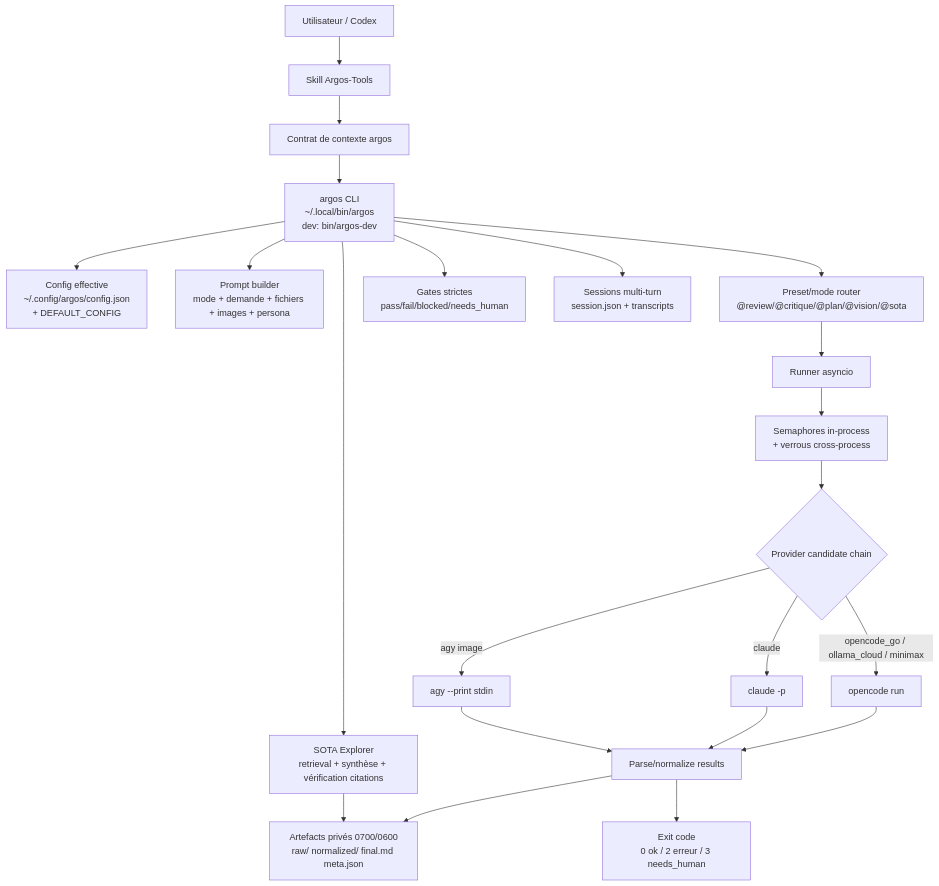
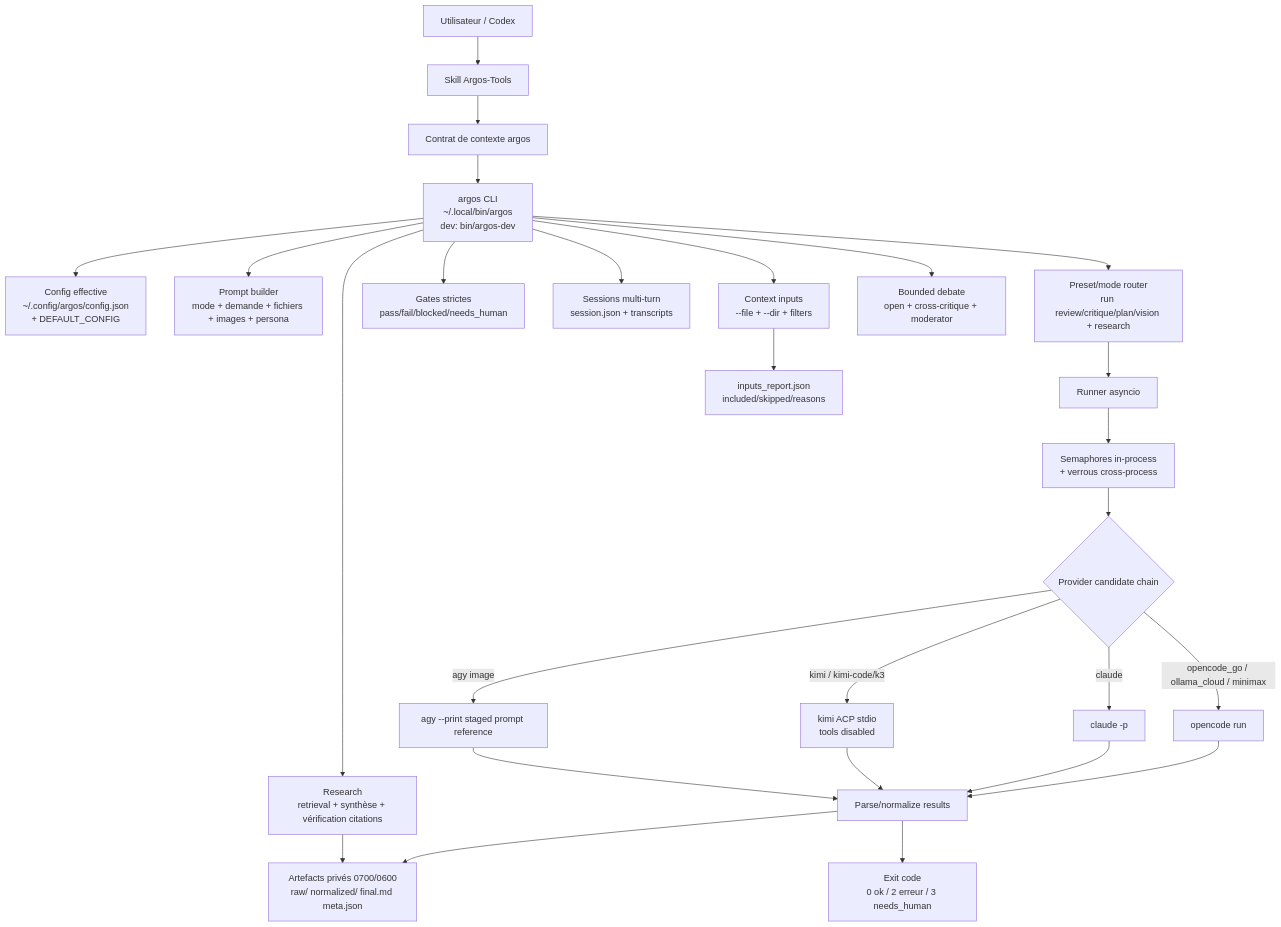
One commit to anuiit/open-argos changed the first of 5 diagrams in argos-tools/ARCHITECTURE.md. Above: the diagram before and after it, drawn with Mermaid. The commit also changed other lines of this file and 30 other files, not shown here.

````diff
--- a/argos-tools/ARCHITECTURE.md
+++ b/argos-tools/ARCHITECTURE.md
@@ -11,30 +11,35 @@
 ```mermaid
 flowchart TB
   User[Utilisateur / Codex] --> Skill[Skill Argos-Tools]
   Skill --> Contract[Contrat de contexte argos]
   Contract --> CLI[argos CLI\n~/.local/bin/argos\ndev: bin/argos-dev]
 
   CLI --> Config[Config effective\n~/.config/argos/config.json\n+ DEFAULT_CONFIG]
   CLI --> Prompt[Prompt builder\nmode + demande + fichiers + images + persona]
-  CLI --> Router[Preset/mode router\n@review/@critique/@plan/@vision/@sota]
+  CLI --> Router[Preset/mode router\nrun review/critique/plan/vision + research]
 
   Router --> Runner[Runner asyncio]
   Runner --> Limits[Semaphores in-process\n+ verrous cross-process]
   Limits --> Providers{Provider candidate chain}
 
   Providers -->|opencode_go / ollama_cloud / minimax| OpenCode[opencode run]
   Providers -->|claude| Claude[claude -p]
-  Providers -->|agy image| Agy[agy --print stdin]
+  Providers -->|kimi / kimi-code/k3| Kimi[kimi ACP stdio\ntools disabled]
+  Providers -->|agy image| Agy[agy --print staged prompt reference]
 
   OpenCode --> Parse[Parse/normalize results]
   Claude --> Parse
+  Kimi --> Parse
   Agy --> Parse
 
   Parse --> Artifacts[Artefacts privés 0700/0600\nraw/ normalized/ final.md meta.json]
   Parse --> Exit[Exit code\n0 ok / 2 erreur / 3 needs_human]
 
   CLI --> Gates[Gates strictes\npass/fail/blocked/needs_human]
   CLI --> Sessions[Sessions multi-turn\nsession.json + transcripts]
-  CLI --> SOTA[SOTA Explorer\nretrieval + synthèse + vérification citations]
-  SOTA --> Artifacts
+  CLI --> Context[Context inputs\n--file + --dir + filters]
+  Context --> Report[inputs_report.json\nincluded/skipped/reasons]
+  CLI --> Debate[Bounded debate\nopen + cross-critique + moderator]
+  CLI --> Research[Research\nretrieval + synthèse + vérification citations]
+  Research --> Artifacts
 ```
````
